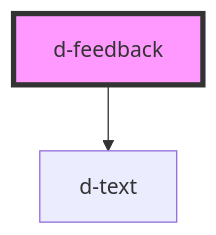
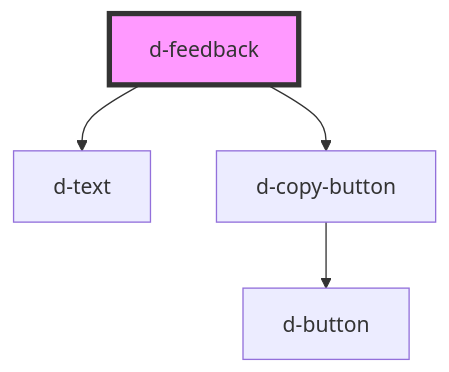
Before and after one commit to ForkbombEu/didroom-components: the diagram in src/components/feedback/readme.md, drawn with Mermaid. The commit also changed other lines of this file and 10 other files, not shown here.

First line of the commit message:
feat: copy button (#199)

````diff
--- a/src/components/feedback/readme.md
+++ b/src/components/feedback/readme.md
@@ -31,5 +32,7 @@
 ```mermaid
 graph TD;
   d-feedback --> d-text
+  d-feedback --> d-copy-button
+  d-copy-button --> d-button
   style d-feedback fill:#f9f,stroke:#333,stroke-width:4px
 ```
````
